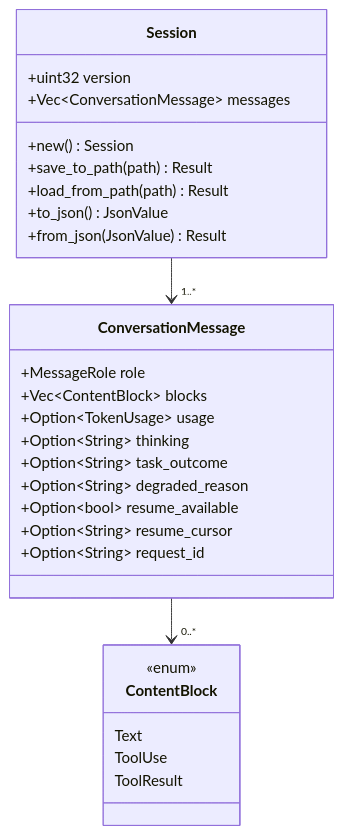
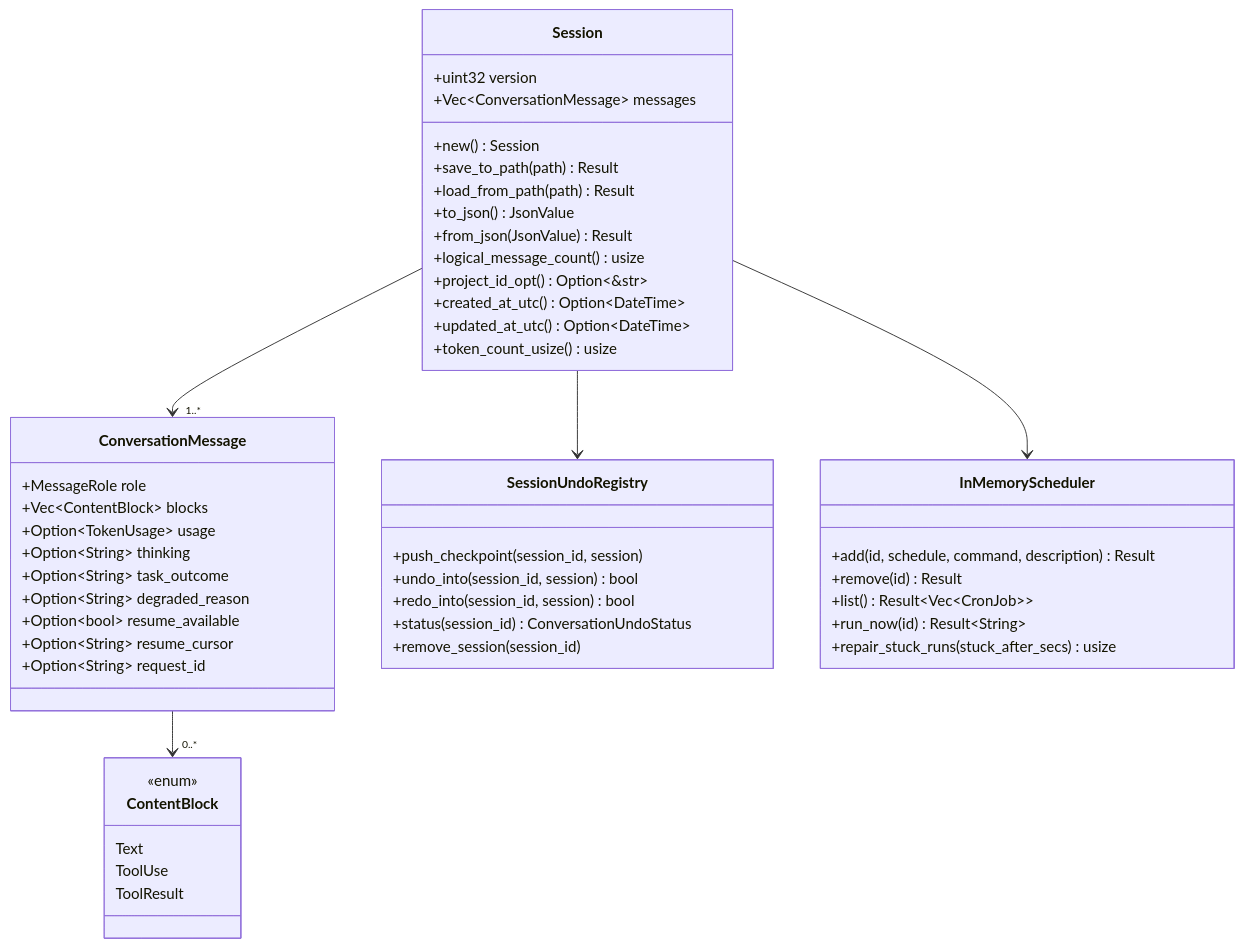
The third of 11 diagrams in .qoder/repowiki/en/content/Backend System (Rust)/Module Architecture & Design/Runtime Services/Session Lifecycle.md (novolei/if2Ai), drawn with Mermaid before and after one commit. The commit also changed other lines of this file and 124 other files, not shown here.

````diff
--- a/.qoder/repowiki/en/content/Backend System (Rust)/Module Architecture & Design/Runtime Services/Session Lifecycle.md
+++ b/.qoder/repowiki/en/content/Backend System (Rust)/Module Architecture & Design/Runtime Services/Session Lifecycle.md
@@ -122,31 +168,52 @@
 ```mermaid
 classDiagram
 class Session {
 +uint32 version
 +Vec~ConversationMessage~ messages
 +new() Session
 +save_to_path(path) Result
 +load_from_path(path) Result
 +to_json() JsonValue
 +from_json(JsonValue) Result
++logical_message_count() usize
++project_id_opt() Option~&str~
++created_at_utc() Option~DateTime~
++updated_at_utc() Option~DateTime~
++token_count_usize() usize
 }
 class ConversationMessage {
 +MessageRole role
 +Vec~ContentBlock~ blocks
 +Option~TokenUsage~ usage
 +Option~String~ thinking
 +Option~String~ task_outcome
 +Option~String~ degraded_reason
 +Option~bool~ resume_available
 +Option~String~ resume_cursor
 +Option~String~ request_id
 }
 class ContentBlock {
 <<enum>>
 Text
 ToolUse
 ToolResult
 }
+class SessionUndoRegistry {
++push_checkpoint(session_id, session)
++undo_into(session_id, session) bool
++redo_into(session_id, session) bool
++status(session_id) ConversationUndoStatus
++remove_session(session_id)
+}
+class InMemoryScheduler {
++add(id, schedule, command, description) Result
++remove(id) Result
++list() Result~Vec~CronJob~~
++run_now(id) Result~String~
++repair_stuck_runs(stuck_after_secs) usize
+}
 Session --> "1..*" ConversationMessage
 ConversationMessage --> "0..*" ContentBlock
+Session --> SessionUndoRegistry
+Session --> InMemoryScheduler
 ```
````
